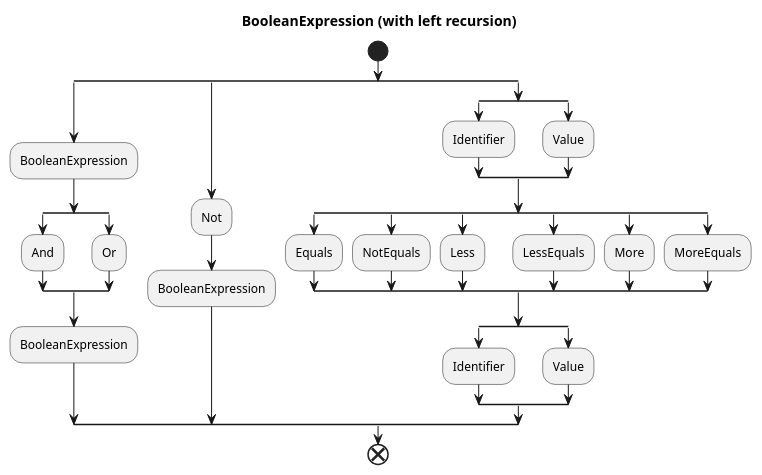
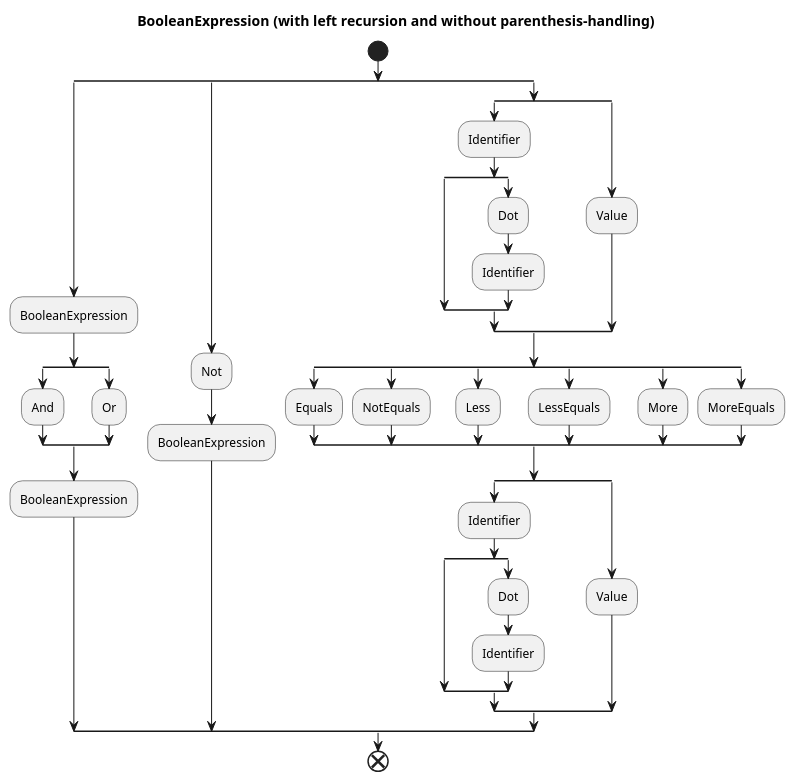
The second of 5 diagrams in dbms/query_lang_compiler_notes.md (lichterberci/rust_learning), drawn with PlantUML before and after one commit. The commit also changed other lines of this file, not shown here.

Commit message:
finished boolean expressions

````diff
--- a/dbms/query_lang_compiler_notes.md
+++ b/dbms/query_lang_compiler_notes.md
@@ -80,43 +80,53 @@
 ```puml
 @startuml boolean expression
-title BooleanExpression (with left recursion)
+title BooleanExpression (with left recursion and without parenthesis-handling)
 start
 split
 :BooleanExpression;
 split
 :And;
 split again
 :Or;
 end split
 :BooleanExpression;
 split again
 :Not;
 :BooleanExpression;
 split again
 split
 :Identifier;
+split
+split again
+:Dot;
+:Identifier;
+end split
 split again 
 :Value;
 end split
 split
 :Equals;
 split again
 :NotEquals;
 split again
 :Less;
 split again
 :LessEquals;
 split again
 :More;
 split again
 :MoreEquals;
 end split
 split
 :Identifier;
+split
+split again
+:Dot;
+:Identifier;
+end split
 split again 
 :Value;
 end split
 end split
 end
 @enduml
 ```
````
